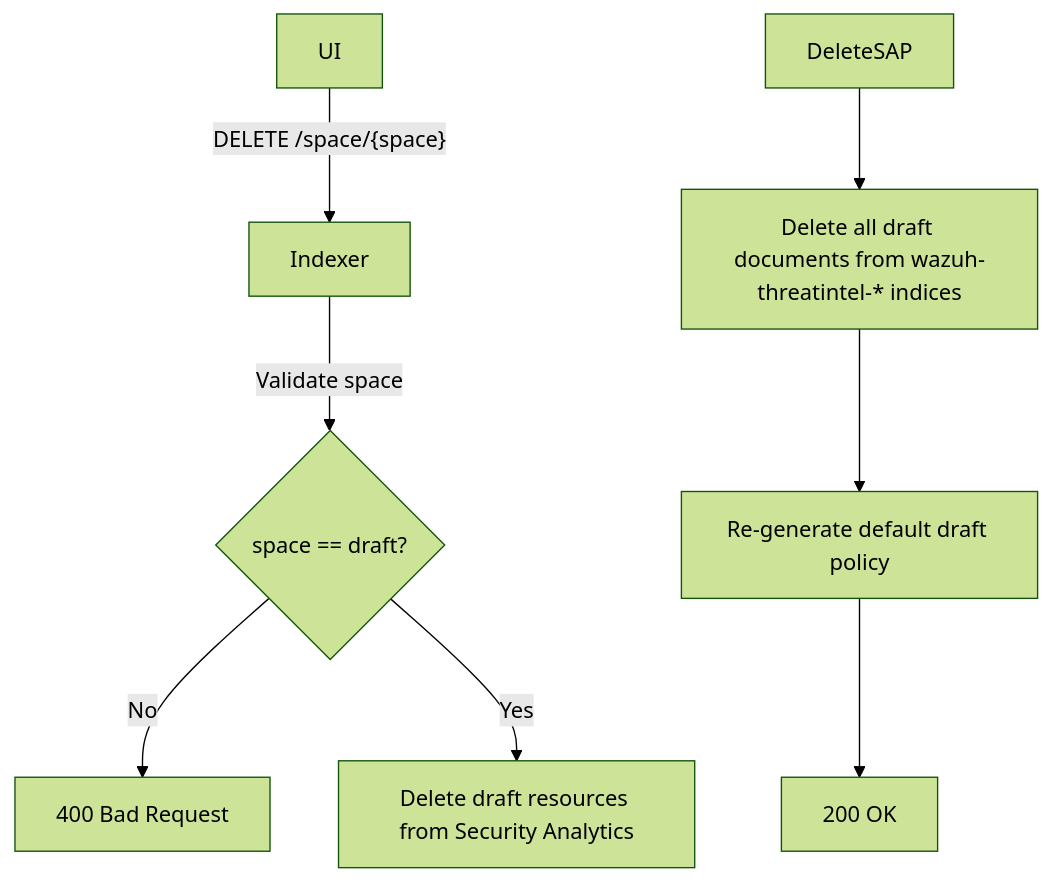
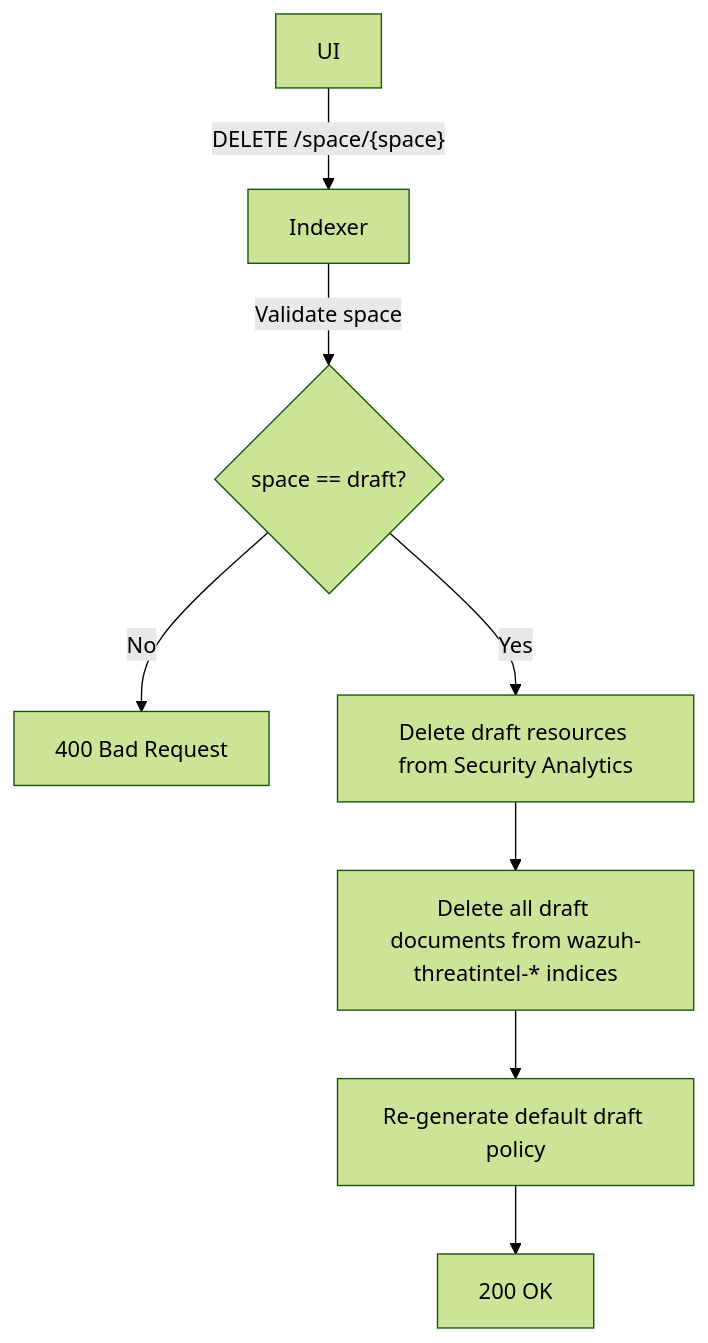
Before and after one commit to wazuh/wazuh-indexer-plugins: diagram 12 of 12 in docs/dev/plugins/content-manager.md, drawn with Mermaid (forest theme). The commit also changed other lines of this file and 195 other files, not shown here.

````diff
--- a/docs/dev/plugins/content-manager.md
+++ b/docs/dev/plugins/content-manager.md
@@ -900,10 +900,10 @@
 ```mermaid
 flowchart TD
     UI[UI] -->|"DELETE /space/{space}"| Indexer
     Indexer -->|Validate space| Check{space == draft?}
     Check -->|No| Error400[400 Bad Request]
     Check -->|Yes| DeleteSA[Delete draft resources from Security Analytics]
-    DeleteSAP --> DeleteCTI[Delete all draft documents from wazuh-threatintel-* indices]
+    DeleteSA --> DeleteCTI[Delete all draft documents from wazuh-threatintel-* indices]
     DeleteCTI --> RegenPolicy[Re-generate default draft policy]
     RegenPolicy --> OK[200 OK]
 ```
````
